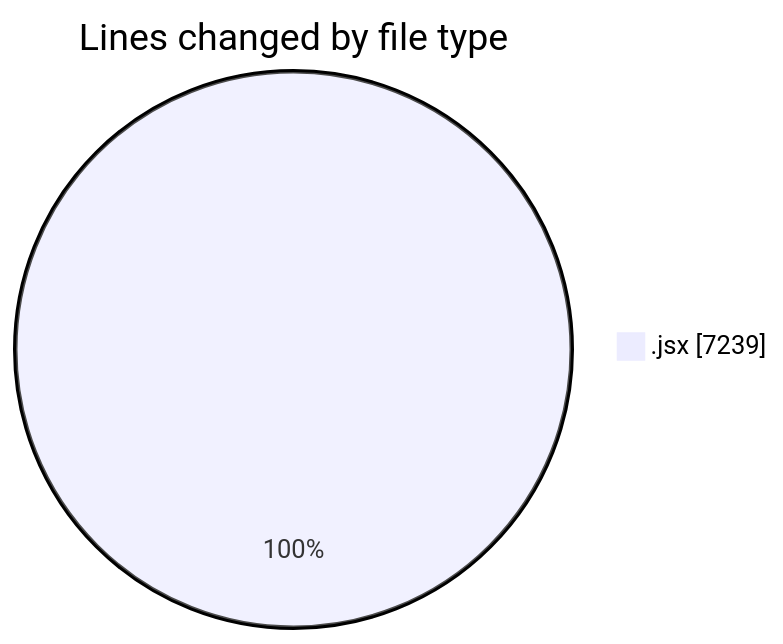
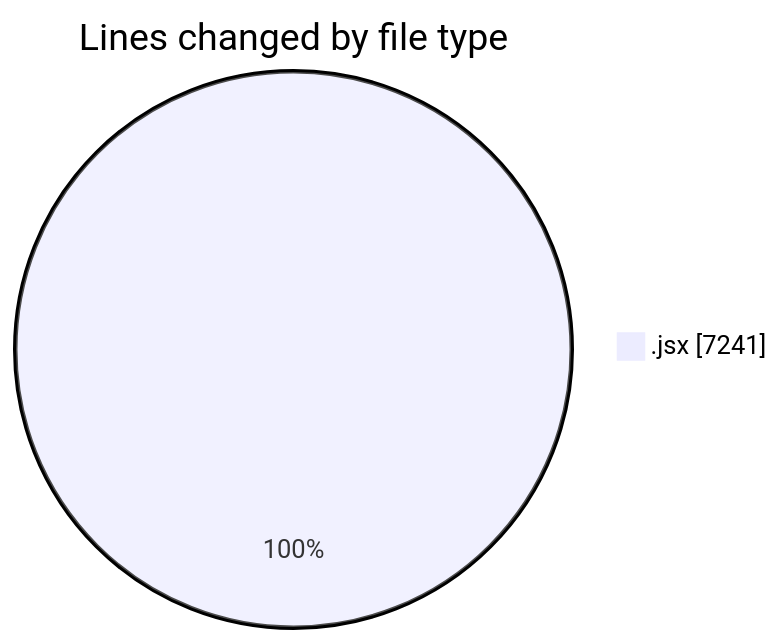
The first of 2 diagrams in 2025-05-14/argos-dev/README.md (nxtqubesakshisongat/code-tracking), drawn with Mermaid before and after one commit. The commit also changed other lines of this file and 1 other file, not shown here.

````diff
--- a/2025-05-14/argos-dev/README.md
+++ b/2025-05-14/argos-dev/README.md
@@ -28,5 +28,5 @@
 ```mermaid
 pie showData
 title Lines changed by file type
-".jsx" : 7239
+".jsx" : 7241
 ```
````
